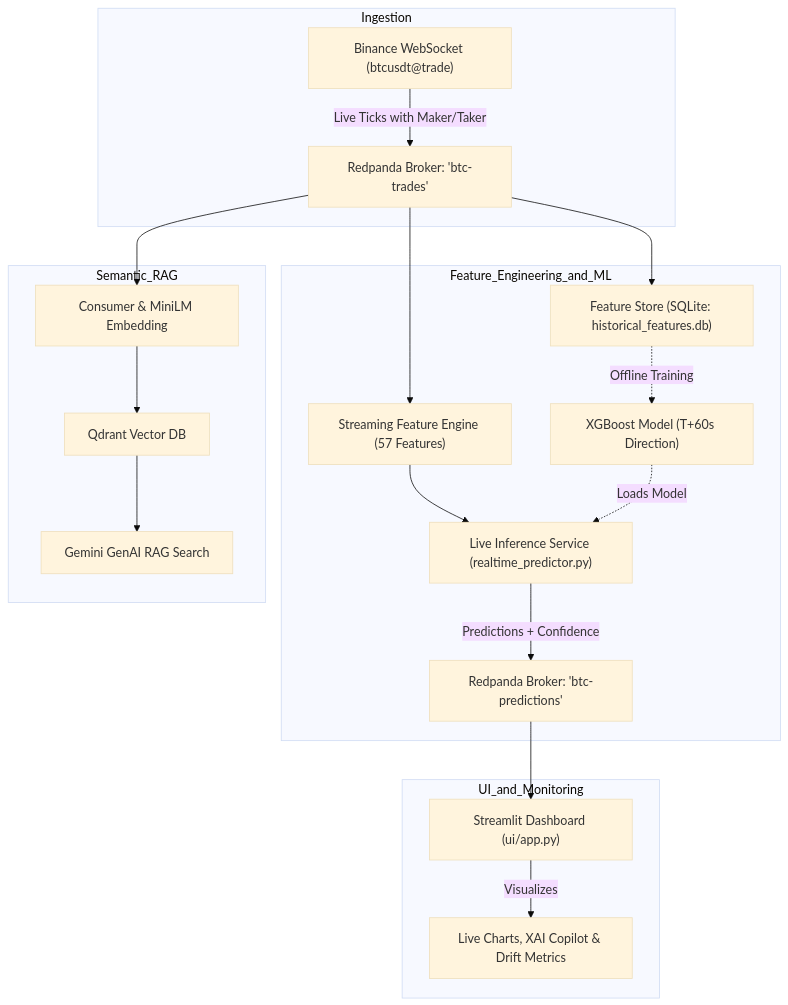
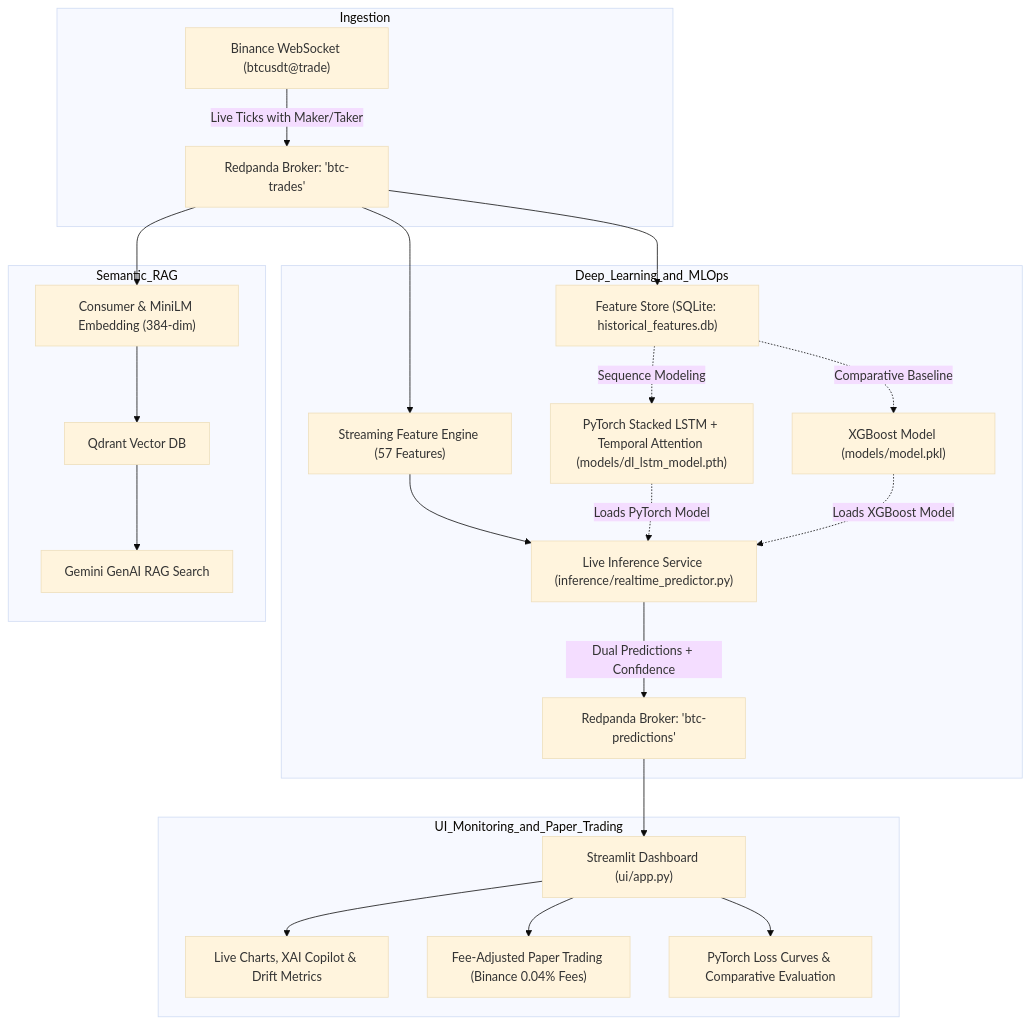
Before and after one commit to Navaneeth15-28/crypto-ai-pipeline: the diagram in README.md, drawn with Mermaid (base theme). The commit also changed other lines of this file and 6 other files, not shown here.

Commit message:
Add PyTorch Deep Learning LSTM with Temporal Attention, dual streaming predictor, and academic comparative evaluation

````diff
--- a/README.md
+++ b/README.md
@@ -9,26 +9,30 @@
 ```mermaid
 graph TD
     subgraph Ingestion
     A["Binance WebSocket (btcusdt@trade)"] -->|Live Ticks with Maker/Taker| B["Redpanda Broker: 'btc-trades'"]
     end
 
-    subgraph Feature_Engineering_and_ML
+    subgraph Deep_Learning_and_MLOps
     B --> C["Feature Store (SQLite: historical_features.db)"]
-    C -.->|Offline Training| D["XGBoost Model (T+60s Direction)"]
-    B --> E["Streaming Feature Engine (57 Features)"]
-    E --> F["Live Inference Service (realtime_predictor.py)"]
-    D -.->|Loads Model| F
-    F -->|Predictions + Confidence| G["Redpanda Broker: 'btc-predictions'"]
+    C -.->|Sequence Modeling| D["PyTorch Stacked LSTM + Temporal Attention (models/dl_lstm_model.pth)"]
+    C -.->|Comparative Baseline| E["XGBoost Model (models/model.pkl)"]
+    B --> F["Streaming Feature Engine (57 Features)"]
+    F --> G["Live Inference Service (inference/realtime_predictor.py)"]
+    D -.->|Loads PyTorch Model| G
+    E -.->|Loads XGBoost Model| G
+    G -->|Dual Predictions + Confidence| H["Redpanda Broker: 'btc-predictions'"]
     end
 
-    subgraph UI_and_Monitoring
-    G --> H["Streamlit Dashboard (ui/app.py)"]
-    H -->|Visualizes| I["Live Charts, XAI Copilot & Drift Metrics"]
+    subgraph UI_Monitoring_and_Paper_Trading
+    H --> I["Streamlit Dashboard (ui/app.py)"]
+    I --> J["Live Charts, XAI Copilot & Drift Metrics"]
+    I --> K["Fee-Adjusted Paper Trading (Binance 0.04% Fees)"]
+    I --> L["PyTorch Loss Curves & Comparative Evaluation"]
     end
 
     subgraph Semantic_RAG
-    B --> J["Consumer & MiniLM Embedding"]
-    J --> K["Qdrant Vector DB"]
-    K --> L["Gemini GenAI RAG Search"]
+    B --> M["Consumer & MiniLM Embedding (384-dim)"]
+    M --> N["Qdrant Vector DB"]
+    N --> O["Gemini GenAI RAG Search"]
     end
 ```
````
